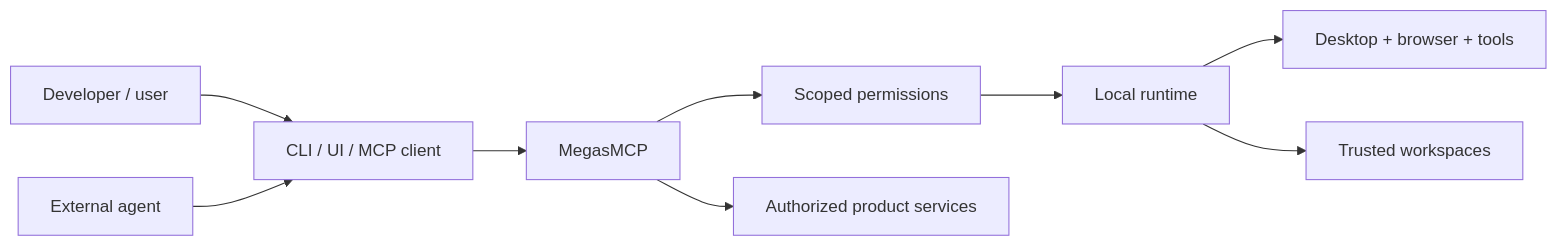
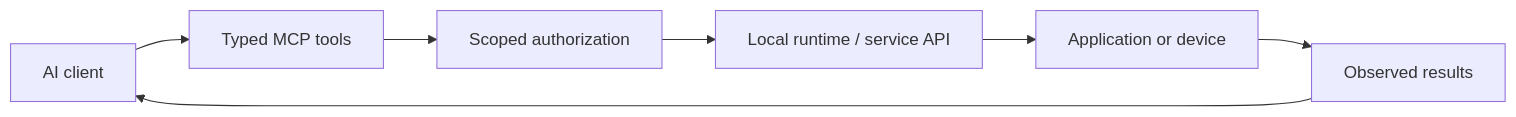
Before and after one commit to abhinavmusrif/abhinavmusrif: the diagram in README.md, drawn with Mermaid. The commit also changed other lines of this file, not shown here.

````diff
--- a/README.md
+++ b/README.md
@@ -38,11 +28,9 @@
 ```mermaid
 flowchart LR
-    U["Developer / user"] --> C["CLI / UI / MCP client"]
-    A["External agent"] --> C
-    C --> M["MegasMCP"]
-    M --> P["Scoped permissions"]
-    P --> R["Local runtime"]
-    R --> D["Desktop + browser + tools"]
-    R --> W["Trusted workspaces"]
-    M --> S["Authorized product services"]
+    A["AI client"] --> M["Typed MCP tools"]
+    M --> P["Scoped authorization"]
+    P --> R["Local runtime / service API"]
+    R --> T["Application or device"]
+    T --> E["Observed results"]
+    E --> A
 ```
````
